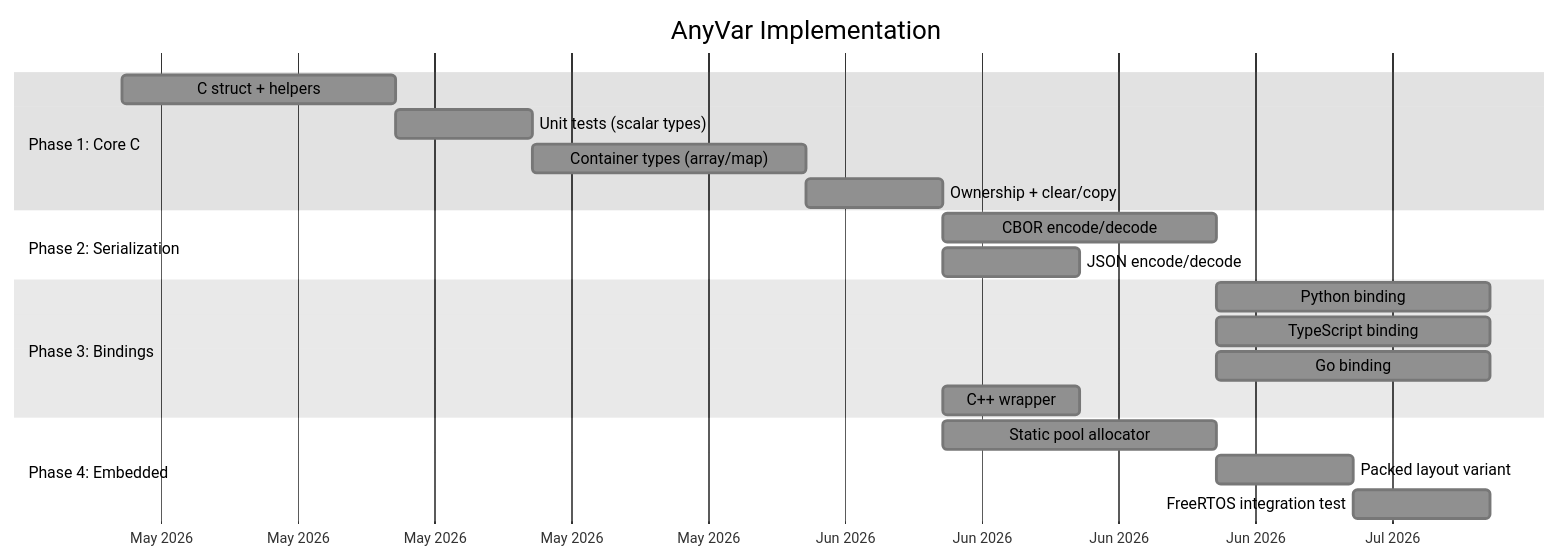
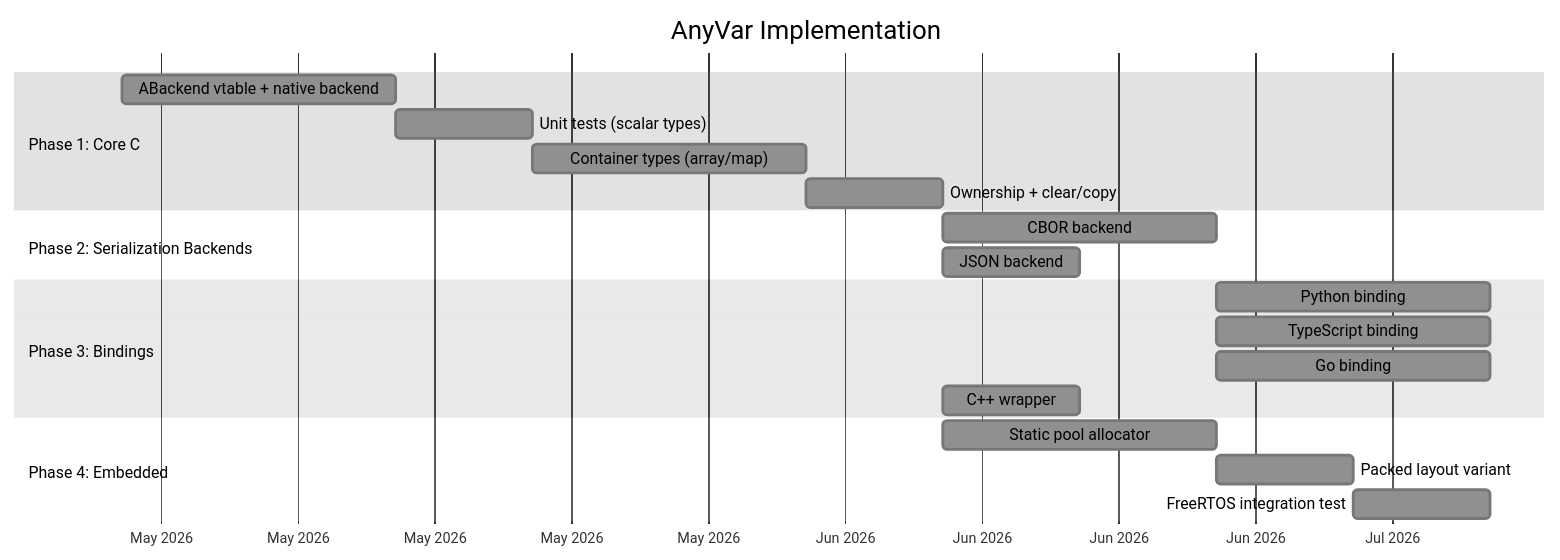
One commit to visionik/anyvar changed diagram 12 of 12 in README.md. Above: the diagram before and after it, drawn with Mermaid. The commit also changed other lines of this file, not shown here.

Commit message:
feat: add backend vtable architecture to spec (v0.2.0)

````diff
--- a/README.md
+++ b/README.md
@@ -389,28 +542,28 @@
 ```mermaid
 %%{init: {'theme': 'base', 'themeVariables': { 'primaryColor': '#909090', 'secondaryColor': '#808080', 'tertiaryColor': '#707070', 'primaryTextColor': '#000000', 'secondaryTextColor': '#000000', 'tertiaryTextColor': '#000000', 'noteTextColor': '#000000', 'lineColor': '#404040' }}}%%
 gantt
     title AnyVar Implementation
     dateFormat YYYY-MM
     axisFormat %b %Y
 
     section Phase 1: Core C
-    C struct + helpers          :p1a, 2026-05, 2w
-    Unit tests (scalar types)   :p1b, after p1a, 1w
-    Container types (array/map) :p1c, after p1b, 2w
-    Ownership + clear/copy      :p1d, after p1c, 1w
+    ABackend vtable + native backend :p1a, 2026-05, 2w
+    Unit tests (scalar types)        :p1b, after p1a, 1w
+    Container types (array/map)      :p1c, after p1b, 2w
+    Ownership + clear/copy           :p1d, after p1c, 1w
 
-    section Phase 2: Serialization
-    CBOR encode/decode          :p2a, after p1d, 2w
-    JSON encode/decode          :p2b, after p1d, 1w
+    section Phase 2: Serialization Backends
+    CBOR backend                     :p2a, after p1d, 2w
+    JSON backend                     :p2b, after p1d, 1w
 
     section Phase 3: Bindings
     Python binding              :p3a, after p2a, 2w
     TypeScript binding          :p3b, after p2a, 2w
     Go binding                  :p3c, after p2a, 2w
     C++ wrapper                 :p3d, after p1d, 1w
 
     section Phase 4: Embedded
     Static pool allocator       :p4a, after p1d, 2w
     Packed layout variant       :p4b, after p4a, 1w
     FreeRTOS integration test   :p4c, after p4b, 1w
 ```
````
